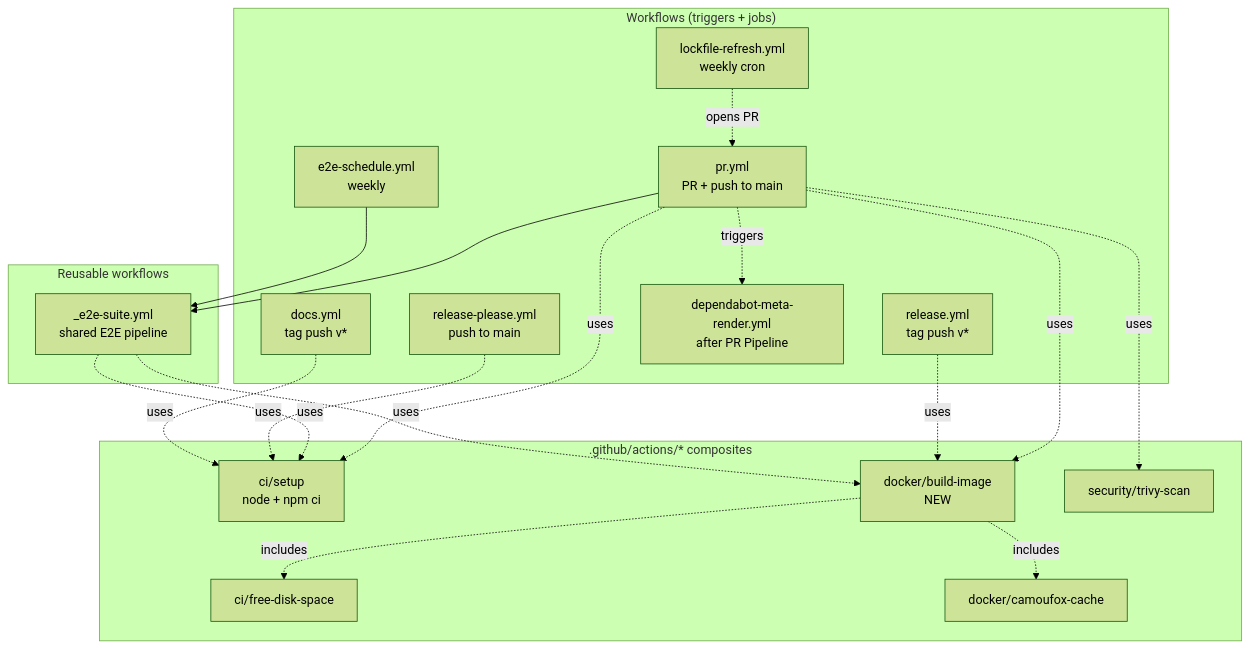
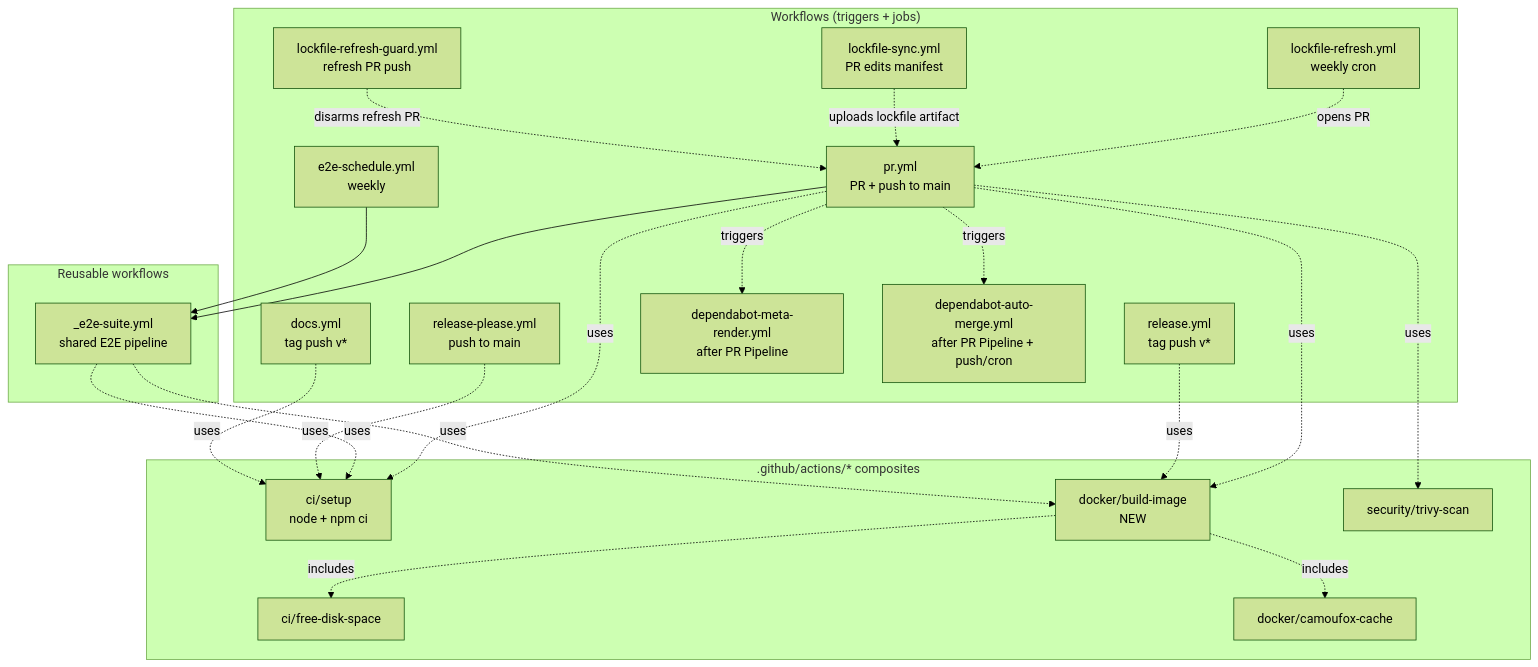
The first of 2 diagrams in docs/architecture/ci-pipeline.md (sergienko4/israeli-bank-scrapers-to-actual-budget), drawn with Mermaid (forest theme) before and after one commit. The commit also changed other lines of this file and 26 other files, not shown here.

First line of the commit message:
fix(deps): automate dependabot pipeline; patch katex and image npm (#786)

````diff
--- a/docs/architecture/ci-pipeline.md
+++ b/docs/architecture/ci-pipeline.md
@@ -20,39 +20,45 @@
 ```mermaid
 graph TD
   subgraph Workflows["Workflows (triggers + jobs)"]
     PR[pr.yml<br/>PR + push to main]
     REL[release.yml<br/>tag push v*]
     SCH[release-please.yml<br/>push to main]
     DOCS[docs.yml<br/>tag push v*]
     E2ES[e2e-schedule.yml<br/>weekly]
     LFR[lockfile-refresh.yml<br/>weekly cron]
     DMR[dependabot-meta-render.yml<br/>after PR Pipeline]
+    DAM[dependabot-auto-merge.yml<br/>after PR Pipeline + push/cron]
+    LFS[lockfile-sync.yml<br/>PR edits manifest]
+    LFG[lockfile-refresh-guard.yml<br/>refresh PR push]
   end
 
   subgraph Reusable["Reusable workflows"]
     E2E[_e2e-suite.yml<br/>shared E2E pipeline]
   end
 
   subgraph Composites[".github/actions/* composites"]
     SETUP[ci/setup<br/>node + npm ci]
     FREE[ci/free-disk-space]
     CAM[docker/camoufox-cache]
     BUILD[docker/build-image<br/>NEW]
     TRIVY[security/trivy-scan]
   end
 
   PR --> E2E
   PR -.triggers.-> DMR
+  PR -.triggers.-> DAM
   E2ES --> E2E
   LFR -.opens PR.-> PR
+  LFS -.uploads lockfile artifact.-> PR
+  LFG -.disarms refresh PR.-> PR
   PR -.uses.-> SETUP
   PR -.uses.-> BUILD
   PR -.uses.-> TRIVY
   REL -.uses.-> BUILD
   E2E -.uses.-> SETUP
   E2E -.uses.-> BUILD
   SCH -.uses.-> SETUP
   DOCS -.uses.-> SETUP
   BUILD -.includes.-> FREE
   BUILD -.includes.-> CAM
 ```
````
